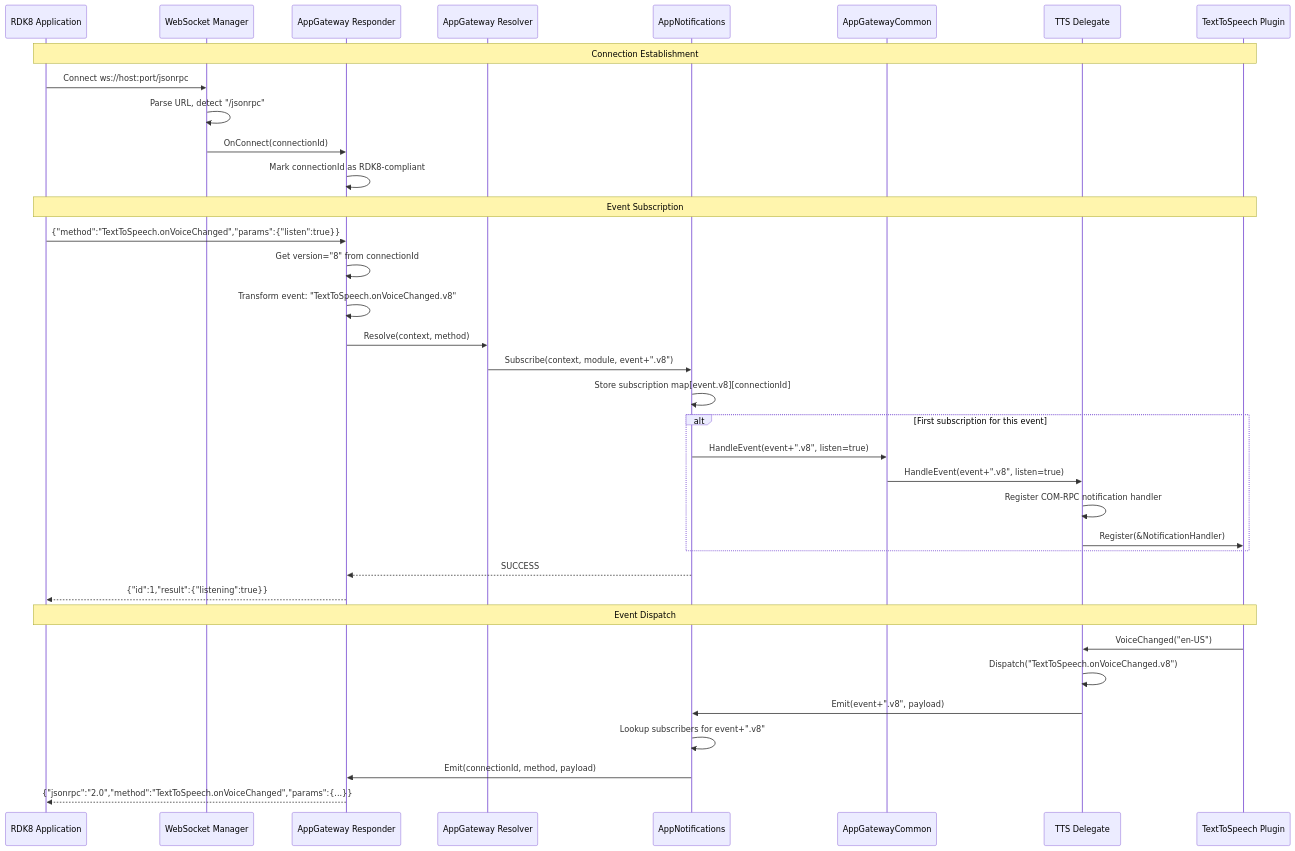
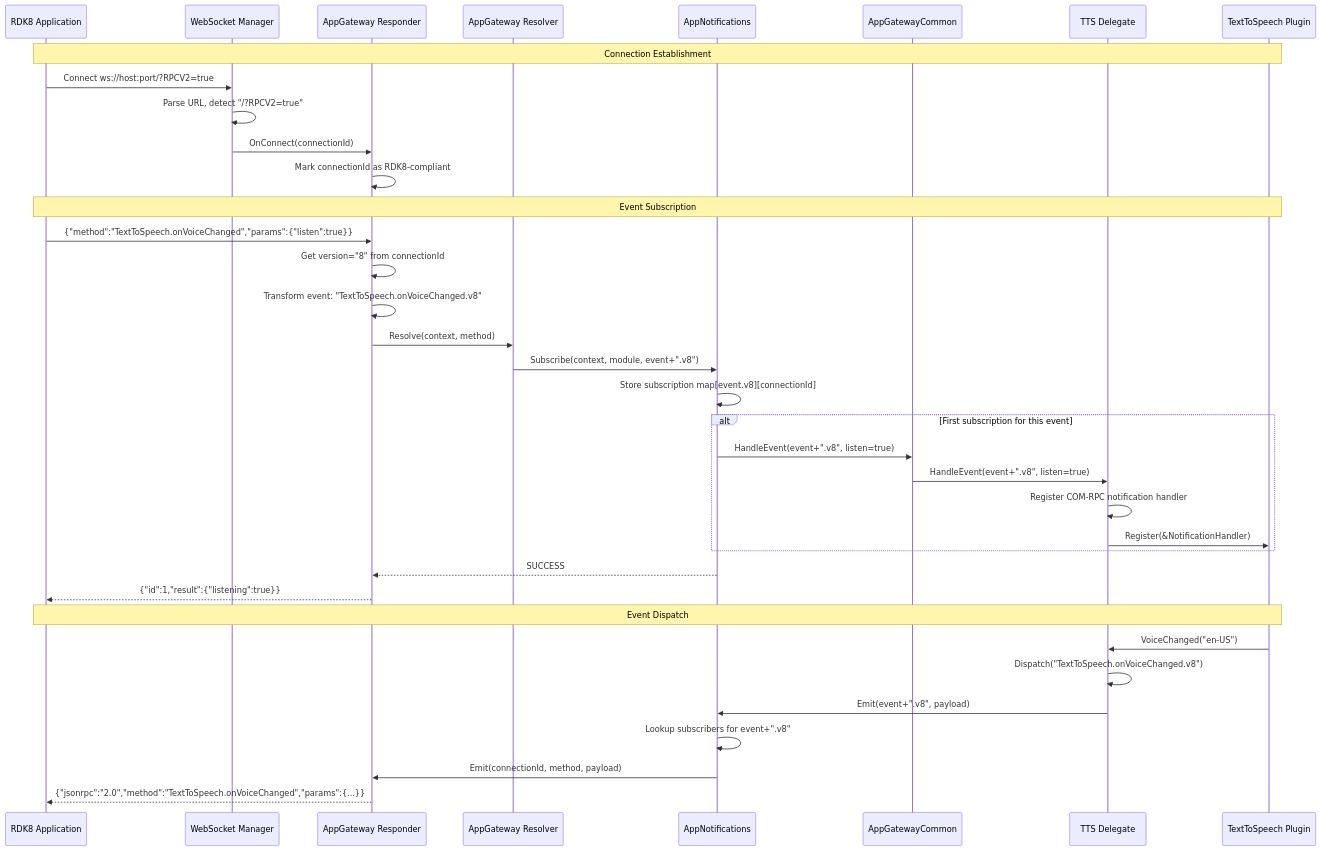
One commit to rdkcentral/entservices-appgateway changed the fourth of 5 diagrams in docs/RDK8.md. Above: the diagram before and after it, drawn with Mermaid. The commit also changed other lines of this file, not shown here.

````diff
--- a/docs/RDK8.md
+++ b/docs/RDK8.md
@@ -298,43 +298,43 @@
 ```mermaid
 sequenceDiagram
     participant RDK8App as RDK8 Application
     participant WSManager as WebSocket Manager
     participant Gateway as AppGateway Responder
     participant Resolver as AppGateway Resolver
     participant Notifications as AppNotifications
     participant Common as AppGatewayCommon
     participant TTSDelegate as TTS Delegate
     participant TTS as TextToSpeech Plugin
     
     Note over RDK8App,TTS: Connection Establishment
-    RDK8App->>WSManager: Connect ws://host:port/jsonrpc
-    WSManager->>WSManager: Parse URL, detect "/jsonrpc"
+    RDK8App->>WSManager: Connect ws://host:port/?RPCV2=true
+    WSManager->>WSManager: Parse URL, detect "/?RPCV2=true"
     WSManager->>Gateway: OnConnect(connectionId)
     Gateway->>Gateway: Mark connectionId as RDK8-compliant
     
     Note over RDK8App,TTS: Event Subscription
     RDK8App->>Gateway: {"method":"TextToSpeech.onVoiceChanged","params":{"listen":true}}
     Gateway->>Gateway: Get version="8" from connectionId
     Gateway->>Gateway: Transform event: "TextToSpeech.onVoiceChanged.v8"
     Gateway->>Resolver: Resolve(context, method)
     Resolver->>Notifications: Subscribe(context, module, event+".v8")
     Notifications->>Notifications: Store subscription map[event.v8][connectionId]
     
     alt First subscription for this event
         Notifications->>Common: HandleEvent(event+".v8", listen=true)
         Common->>TTSDelegate: HandleEvent(event+".v8", listen=true)
         TTSDelegate->>TTSDelegate: Register COM-RPC notification handler
         TTSDelegate->>TTS: Register(&NotificationHandler)
     end
     
     Notifications-->>Gateway: SUCCESS
     Gateway-->>RDK8App: {"id":1,"result":{"listening":true}}
     
     Note over RDK8App,TTS: Event Dispatch
     TTS->>TTSDelegate: VoiceChanged("en-US")
     TTSDelegate->>TTSDelegate: Dispatch("TextToSpeech.onVoiceChanged.v8")
     TTSDelegate->>Notifications: Emit(event+".v8", payload)
     Notifications->>Notifications: Lookup subscribers for event+".v8"
     Notifications->>Gateway: Emit(connectionId, method, payload)
     Gateway-->>RDK8App: {"jsonrpc":"2.0","method":"TextToSpeech.onVoiceChanged","params":{...}}
 ```
````
